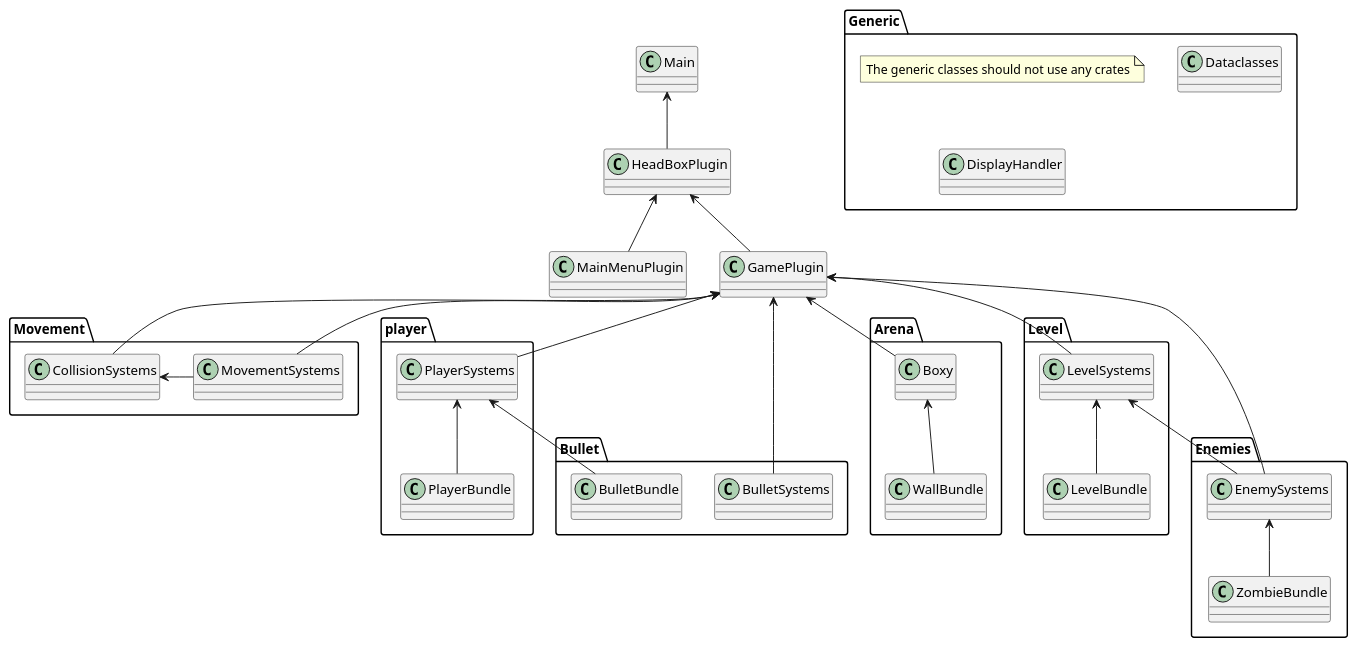
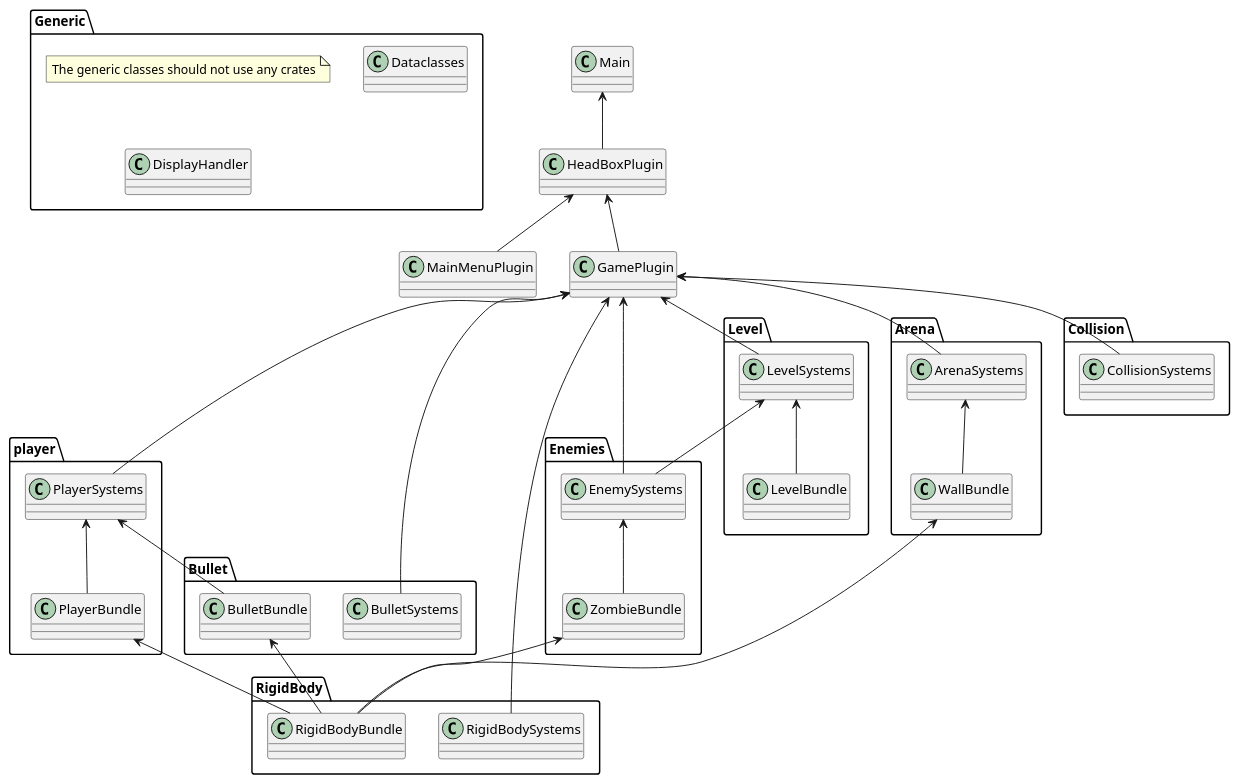
Before and after one commit to LuukHenk/head_box: the diagram in docs/class_layout.puml, drawn with PlantUML.

Commit message:
updated class layout graph

```diff
--- a/docs/class_layout.puml
+++ b/docs/class_layout.puml
@@ -1,66 +1,72 @@
 @startuml
 class Main
 class HeadBoxPlugin
 class MainMenuPlugin
 class GamePlugin
 
 
 package Generic {
     note "The generic classes should not use any crates" as N1
     class Dataclasses
     class DisplayHandler
 }
 
 package player {
     class PlayerSystems
     class PlayerBundle
 }
 
 package Bullet {
     class BulletBundle
     class BulletSystems
 }
 
 package Enemies {
     class EnemySystems
     class ZombieBundle
 }
-package Movement {
-    class MovementSystems
+package Collision {
     class CollisionSystems
 }
 package Arena{
     class WallBundle
-    class Boxy
+    class ArenaSystems
 }
 package Level{
     class LevelBundle
     class LevelSystems
 }
-
+package RigidBody {
+    class RigidBodyBundle
+    class RigidBodySystems
+}
 
 Main <-- HeadBoxPlugin
 
 HeadBoxPlugin <-- MainMenuPlugin
 HeadBoxPlugin <-- GamePlugin
 
 GamePlugin <-- PlayerSystems
 PlayerSystems <-- PlayerBundle
 
 GamePlugin <-- BulletSystems
 PlayerSystems <-- BulletBundle
 
 GamePlugin <-- EnemySystems
 EnemySystems <-- ZombieBundle
 
-GamePlugin <-- MovementSystems
 GamePlugin <-- CollisionSystems
-CollisionSystems <- MovementSystems
 
-GamePlugin <-- Boxy
-Boxy <-- WallBundle
+GamePlugin <-- ArenaSystems
+ArenaSystems <-- WallBundle
 
 GamePlugin <-- LevelSystems
 LevelSystems <-- LevelBundle
 LevelSystems <-- EnemySystems
+
+GamePlugin <-- RigidBodySystems
+WallBundle <-- RigidBodyBundle
+ZombieBundle <-- RigidBodyBundle
+BulletBundle <-- RigidBodyBundle
+PlayerBundle <-- RigidBodyBundle
 @enduml
```
